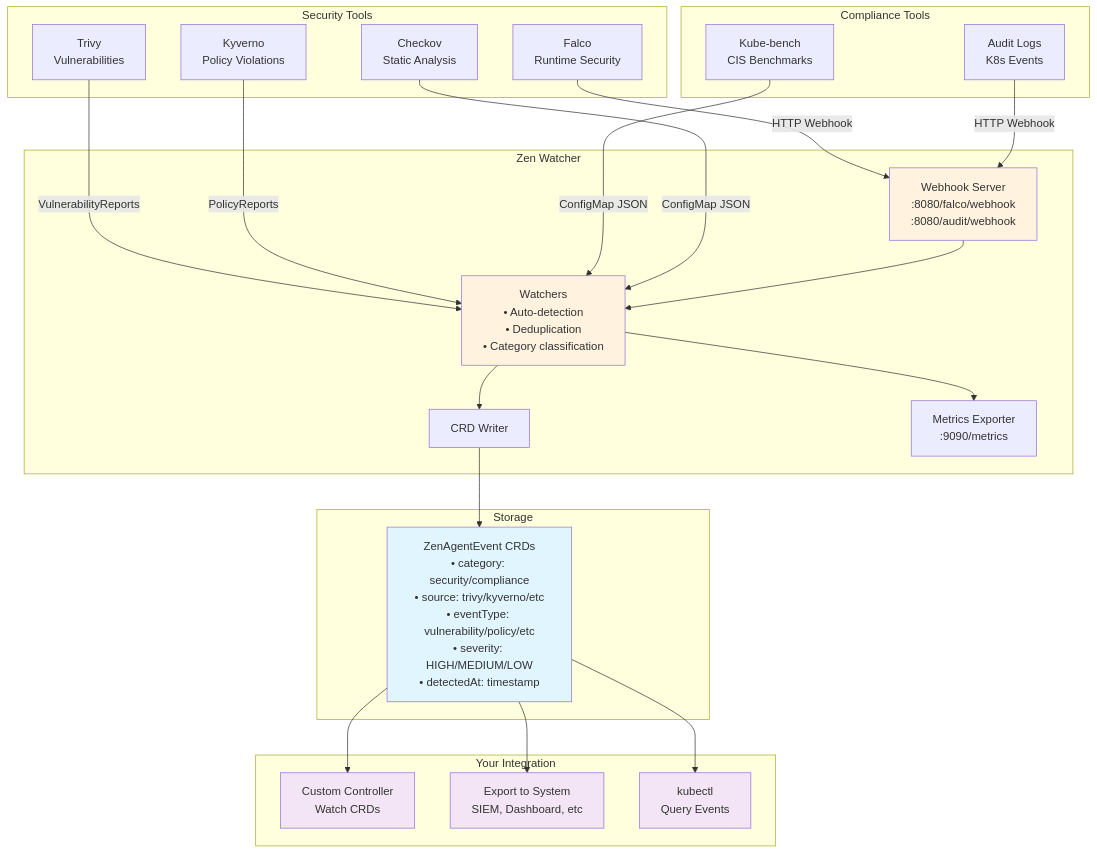
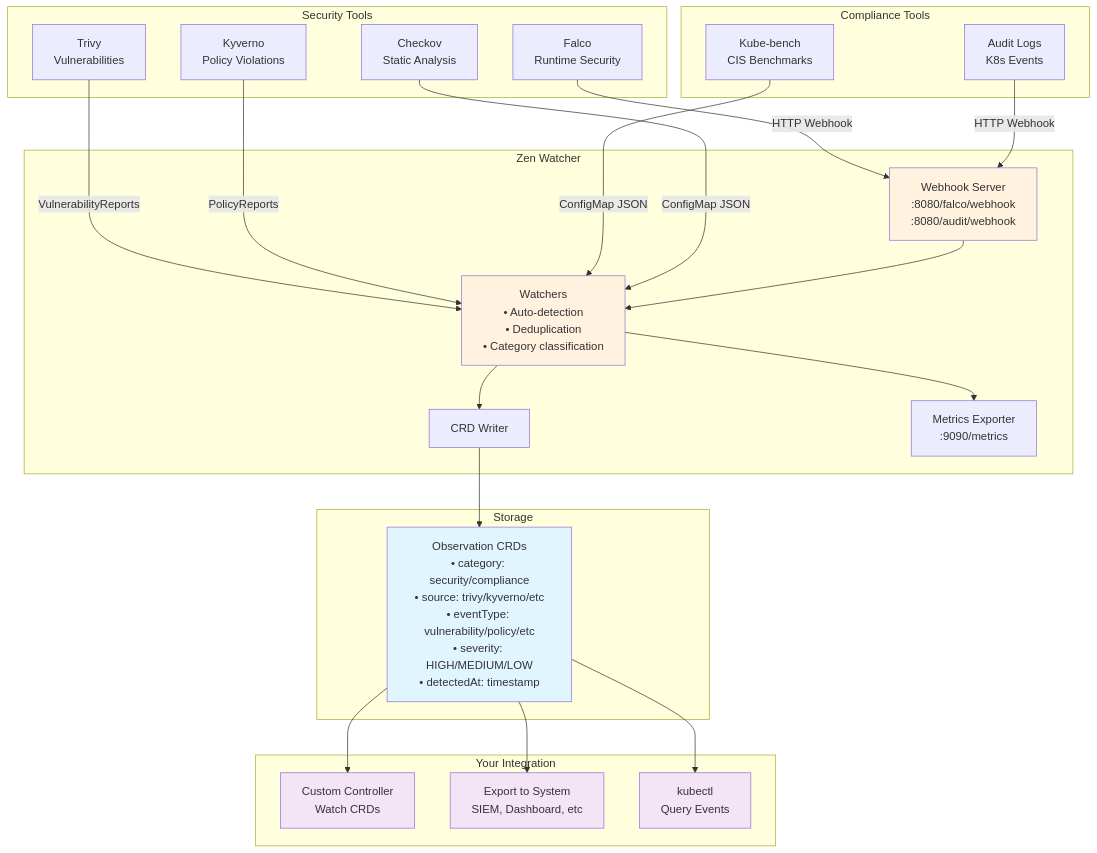
One commit to kube-zen/zen-watcher changed the diagram in README.md. Above: the diagram before and after it, drawn with Mermaid. The commit also changed other lines of this file and 3 other files, not shown here.

First line of the commit message:
Rename CRD from ZenAgentEvent to Observation

````diff
--- a/README.md
+++ b/README.md
@@ -46,52 +46,52 @@
 ```mermaid
 graph TB
     subgraph "Security Tools"
         A[Trivy<br/>Vulnerabilities]
         B[Falco<br/>Runtime Security]
         C[Kyverno<br/>Policy Violations]
         F1[Checkov<br/>Static Analysis]
     end
     
     subgraph "Compliance Tools"
         D[Audit Logs<br/>K8s Events]
         E[Kube-bench<br/>CIS Benchmarks]
     end
     
     subgraph "Zen Watcher"
         F[Watchers<br/>• Auto-detection<br/>• Deduplication<br/>• Category classification]
         G[CRD Writer]
         H[Metrics Exporter<br/>:9090/metrics]
         W[Webhook Server<br/>:8080/falco/webhook<br/>:8080/audit/webhook]
     end
     
     subgraph "Storage"
-        I[ZenAgentEvent CRDs<br/>• category: security/compliance<br/>• source: trivy/kyverno/etc<br/>• eventType: vulnerability/policy/etc<br/>• severity: HIGH/MEDIUM/LOW<br/>• detectedAt: timestamp]
+        I[Observation CRDs<br/>• category: security/compliance<br/>• source: trivy/kyverno/etc<br/>• eventType: vulnerability/policy/etc<br/>• severity: HIGH/MEDIUM/LOW<br/>• detectedAt: timestamp]
     end
     
     subgraph "Your Integration"
         J[Custom Controller<br/>Watch CRDs]
         K[Export to System<br/>SIEM, Dashboard, etc]
         L[kubectl<br/>Query Events]
     end
     
     A -->|VulnerabilityReports| F
     B -->|HTTP Webhook| W
     C -->|PolicyReports| F
     D -->|HTTP Webhook| W
     E -->|ConfigMap JSON| F
     F1 -->|ConfigMap JSON| F
     W --> F
     F --> G
     G --> I
     F --> H
     I --> J
     I --> K
     I --> L
     
     style I fill:#e1f5ff
     style F fill:#fff3e0
     style W fill:#fff3e0
     style J fill:#f3e5f5
     style K fill:#f3e5f5
     style L fill:#f3e5f5
 ```
````
